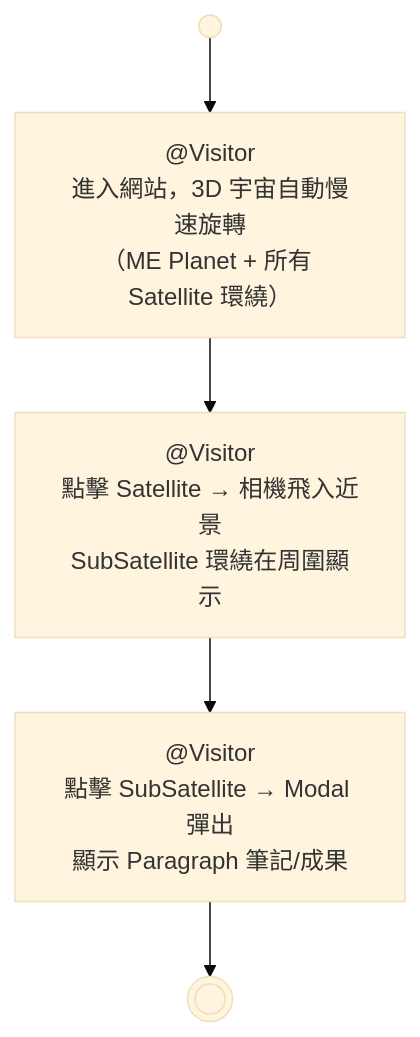
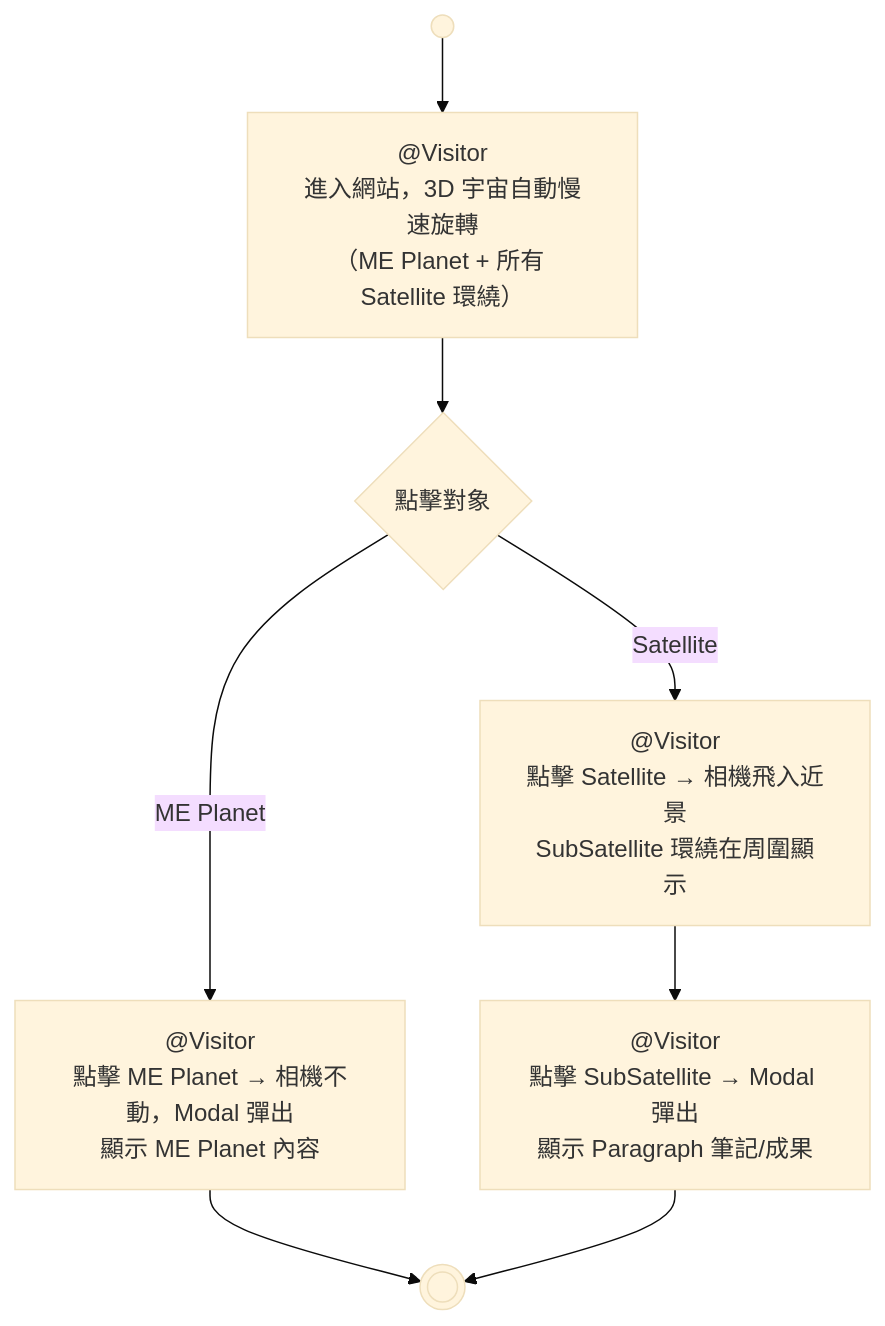
The diagram in specs/activities/前台展示流程.mmd (lallumeurRuby/ME_planet), drawn with Mermaid (base theme) before and after one commit. The commit also changed 7 other files, not shown here.

Commit message:
feat: add specs, feature tests, and execution plan for ME planet modal cascade delete and content editing

```diff
--- a/specs/activities/前台展示流程.mmd
+++ b/specs/activities/前台展示流程.mmd
@@ -1,27 +1,36 @@
 %% ═══ 區段一：Activity 標頭與 Actor 宣告 ═══
 %% [ACTIVITY] 前台展示流程
 %% [ACTOR] Visitor -> {specs/actors/訪客.md}
 
 flowchart TD
 
 %% ═══ 區段二：節點定義 ═══
 
     Start(( ))
 
     %% [STEP:1] @Visitor {features/visitor/universe/瀏覽3D宇宙.feature}
     S1["@Visitor<br/>進入網站，3D 宇宙自動慢速旋轉<br/>（ME Planet + 所有 Satellite 環繞）"]
 
+    %% [DECISION:1a] 點擊對象
+    D1a{"點擊對象"}
+
+    %% [BRANCH:1a:ME Planet] @Visitor {features/visitor/universe/查看ME星球.feature}
+    B1a_planet["@Visitor<br/>點擊 ME Planet → 相機不動，Modal 彈出<br/>顯示 ME Planet 內容"]
+
     %% [STEP:2] @Visitor {features/visitor/universe/探索衛星.feature}
     S2["@Visitor<br/>點擊 Satellite → 相機飛入近景<br/>SubSatellite 環繞在周圍顯示"]
 
     %% [STEP:3] @Visitor {features/visitor/universe/查看段落.feature}
     S3["@Visitor<br/>點擊 SubSatellite → Modal 彈出<br/>顯示 Paragraph 筆記/成果"]
 
     End((( )))
 
 %% ═══ 區段三：邊定義 ═══
 
     Start --> S1
-    S1 --> S2
+    S1 --> D1a
+    D1a -- ME Planet --> B1a_planet
+    D1a -- Satellite --> S2
+    B1a_planet --> End
     S2 --> S3
     S3 --> End
```
